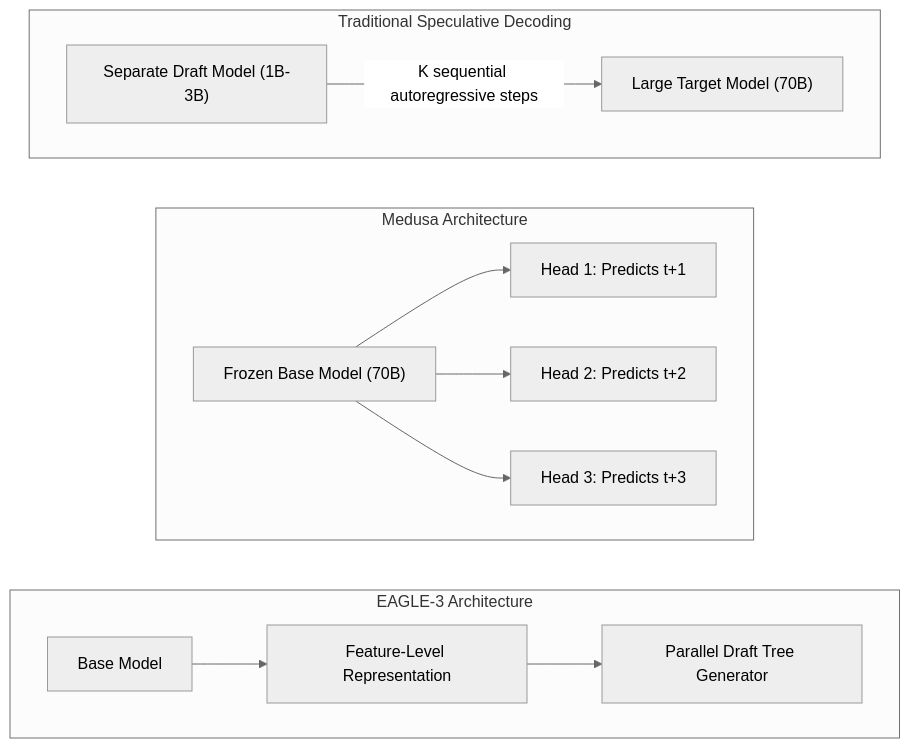
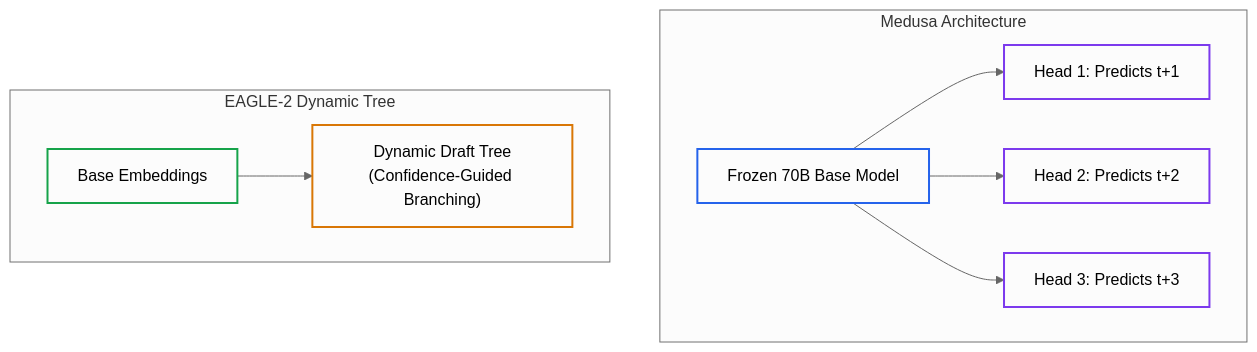
One commit to dip4k/senior-engineer-to-ai-engineer-roadmap changed the second of 2 diagrams in 07-production-deployment-and-llmops/05-speculative-decoding-and-model-quantization.md. Above: the diagram before and after it, drawn with Mermaid (neutral theme). The commit also changed other lines of this file and 49 other files, not shown here.

First line of the commit message:
feat(curriculum): complete 2026 refactoring across roadmaps, use-cases, labs, and agent-forge

````diff
--- a/07-production-deployment-and-llmops/05-speculative-decoding-and-model-quantization.md
+++ b/07-production-deployment-and-llmops/05-speculative-decoding-and-model-quantization.md
@@ -129,28 +113,25 @@
 ```mermaid
 flowchart TD
-    subgraph StandardSpec["Traditional Speculative Decoding"]
-        Target1["Large Target Model (70B)"]
-        Draft1["Separate Draft Model (1B-3B)"]
-        Draft1 -->|"K sequential autoregressive steps"| Target1
+    subgraph Medusa["Medusa Architecture"]
+        M_Base["Frozen 70B Base Model"]
+        M_H1["Head 1: Predicts t+1"]
+        M_H2["Head 2: Predicts t+2"]
+        M_H3["Head 3: Predicts t+3"]
+        M_Base --> M_H1
+        M_Base --> M_H2
+        M_Base --> M_H3
     end
 
-    subgraph MedusaArch["Medusa Architecture"]
-        M_Base["Frozen Base Model (70B)"]
-        H1["Head 1: Predicts t+1"]
-        H2["Head 2: Predicts t+2"]
-        H3["Head 3: Predicts t+3"]
-        M_Base --> H1
-        M_Base --> H2
-        M_Base --> H3
+    subgraph EAGLE["EAGLE-2 Dynamic Tree"]
+        E_Base["Base Embeddings"]
+        E_Tree["Dynamic Draft Tree<br/>(Confidence-Guided Branching)"]
+        E_Base --> E_Tree
     end
 
-    subgraph EagleArch["EAGLE-3 Architecture"]
-        E_Base["Base Model"]
-        E_Feat["Feature-Level Representation"]
-        E_Tree["Parallel Draft Tree Generator"]
-        E_Base --> E_Feat --> E_Tree
-    end
-
-    StandardSpec ~~~ MedusaArch
-    MedusaArch ~~~ EagleArch
+    style M_Base stroke:#2563eb,stroke-width:2px,fill:none
+    style M_H1 stroke:#7c3aed,stroke-width:2px,fill:none
+    style M_H2 stroke:#7c3aed,stroke-width:2px,fill:none
+    style M_H3 stroke:#7c3aed,stroke-width:2px,fill:none
+    style E_Base stroke:#16a34a,stroke-width:2px,fill:none
+    style E_Tree stroke:#d97706,stroke-width:2px,fill:none
 ```
````
